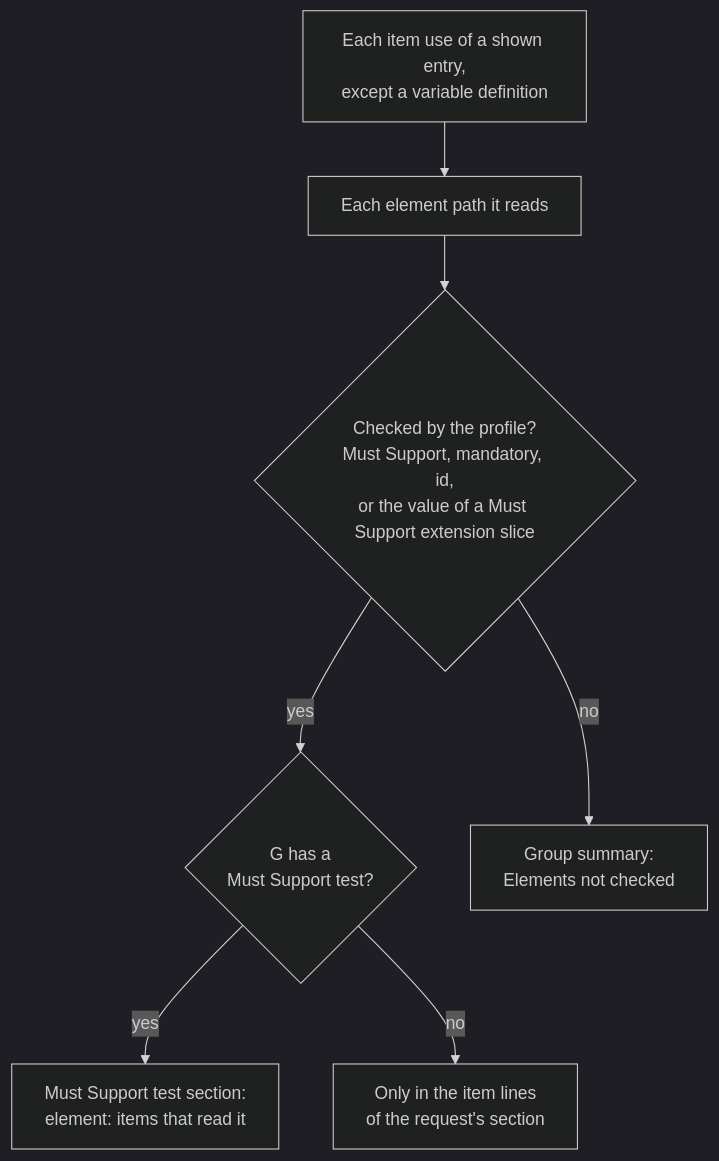
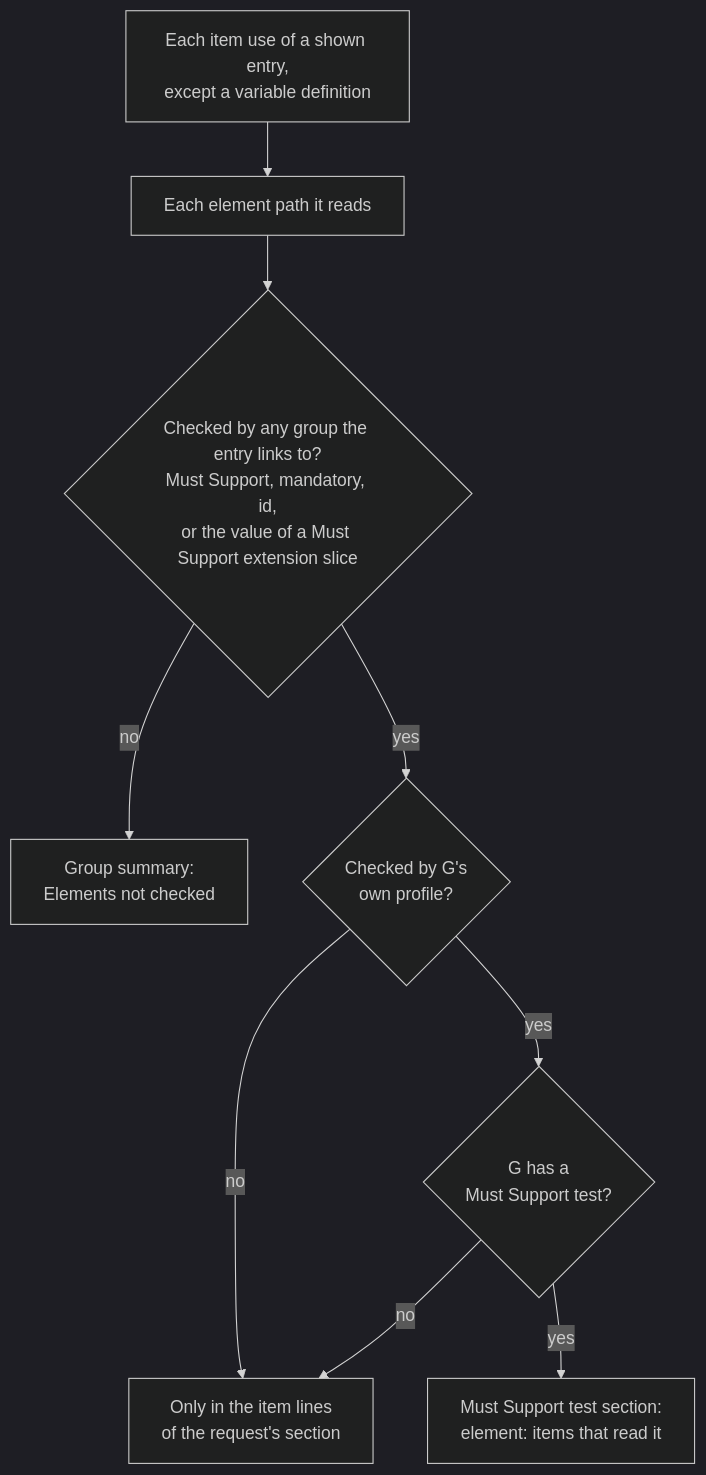
One commit to hl7au/inferno_suite_generator changed the second of 2 diagrams in documentation/questionnaire_usage_tracing.md. Above: the diagram before and after it, drawn with Mermaid (dark theme). The commit also changed other lines of this file and 15 other files, not shown here.

````diff
--- a/documentation/questionnaire_usage_tracing.md
+++ b/documentation/questionnaire_usage_tracing.md
@@ -121,9 +121,11 @@
 ```mermaid
 flowchart TD
     usage["Each item use of a shown entry,<br/>except a variable definition"] --> path["Each element path it reads"]
-    path --> checked{"Checked by the profile?<br/>Must Support, mandatory, id,<br/>or the value of a Must Support extension slice"}
-    checked -- yes --> ms{"G has a<br/>Must Support test?"}
+    path --> checked{"Checked by any group the entry links to?<br/>Must Support, mandatory, id,<br/>or the value of a Must Support extension slice"}
+    checked -- no --> notchecked["Group summary:<br/>Elements not checked"]
+    checked -- yes --> own{"Checked by G's<br/>own profile?"}
+    own -- no --> itemonly["Only in the item lines<br/>of the request's section"]
+    own -- yes --> ms{"G has a<br/>Must Support test?"}
     ms -- yes --> mstest["Must Support test section:<br/>element: items that read it"]
-    ms -- no --> itemonly["Only in the item lines<br/>of the request's section"]
-    checked -- no --> notchecked["Group summary:<br/>Elements not checked"]
+    ms -- no --> itemonly
 ```
````
